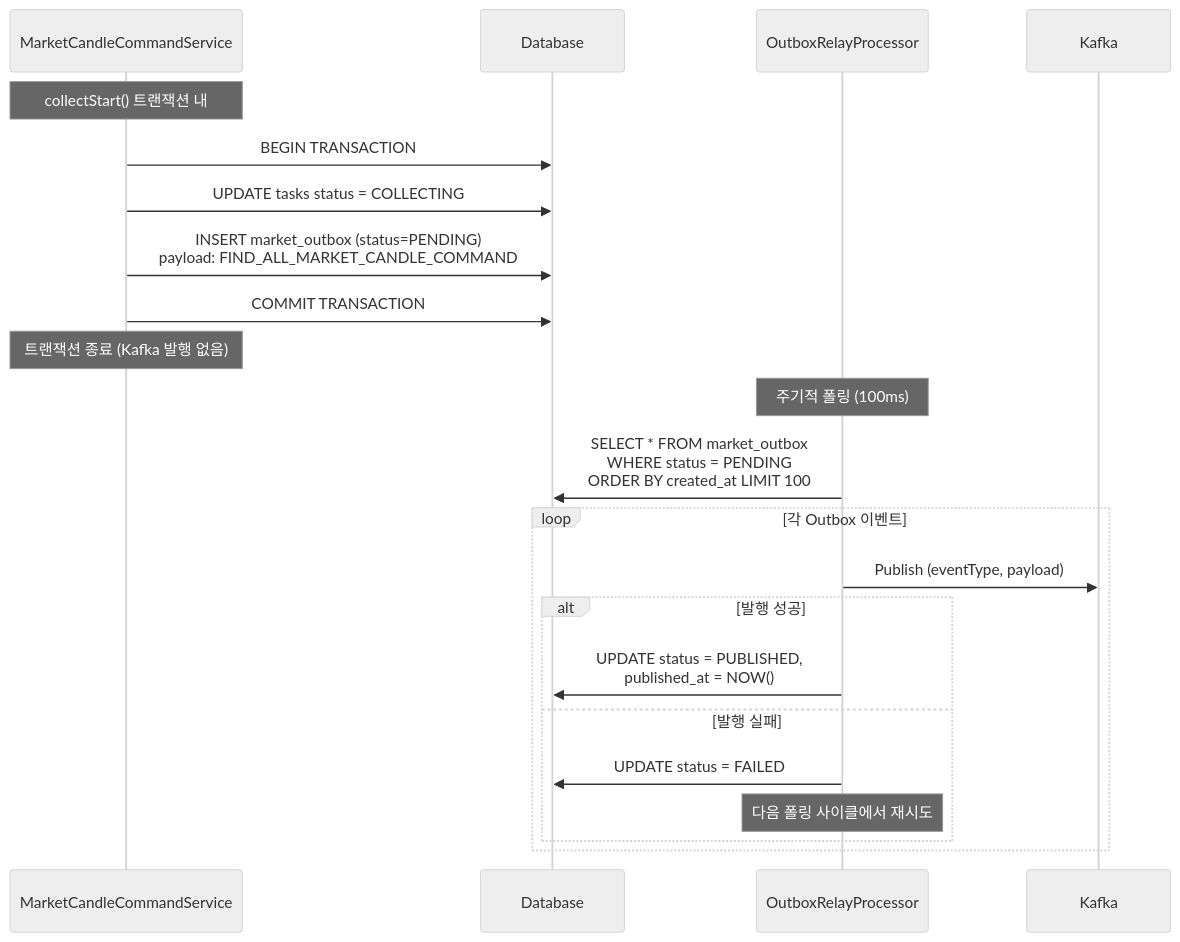
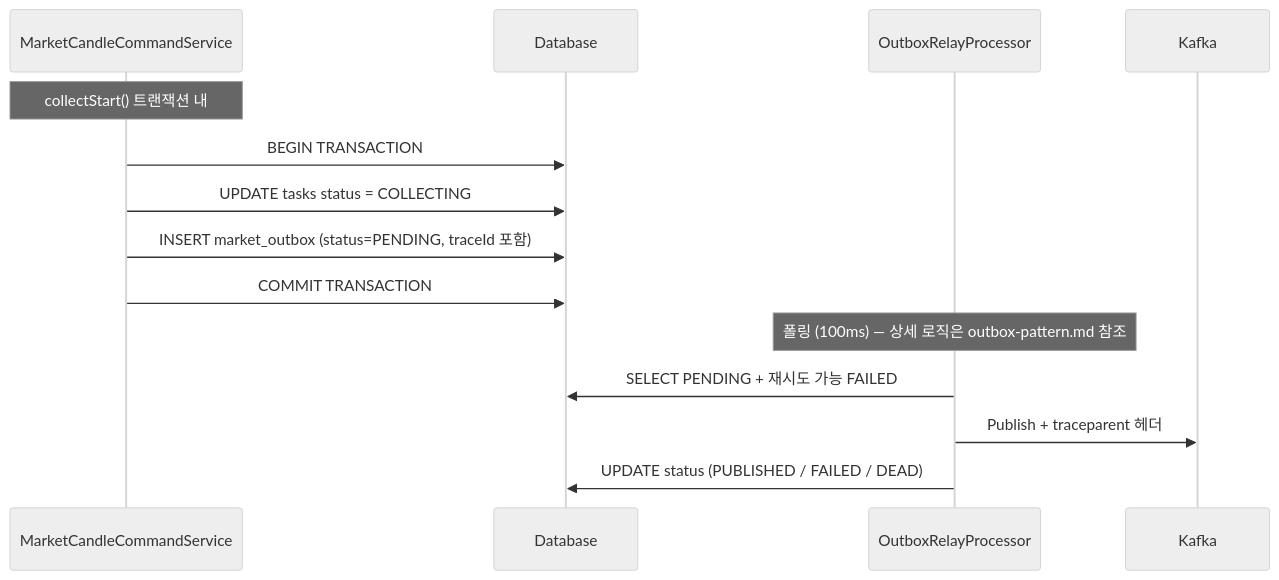
Before and after one commit to Trade-Pilot/.github: diagram 17 of 17 in backend/market/sequence-diagram.md, drawn with Mermaid (neutral theme). The commit also changed other lines of this file and 20 other files, not shown here.

````diff
--- a/backend/market/sequence-diagram.md
+++ b/backend/market/sequence-diagram.md
@@ -749,27 +752,18 @@
 ```mermaid
 sequenceDiagram
     participant Service as MarketCandleCommandService
     participant DB as Database
     participant Relay as OutboxRelayProcessor
     participant Kafka as Kafka
 
     Note over Service: collectStart() 트랜잭션 내
     Service->>DB: BEGIN TRANSACTION
     Service->>DB: UPDATE tasks status = COLLECTING
-    Service->>DB: INSERT market_outbox (status=PENDING)<br/>payload: FIND_ALL_MARKET_CANDLE_COMMAND
+    Service->>DB: INSERT market_outbox (status=PENDING, traceId 포함)
     Service->>DB: COMMIT TRANSACTION
-    Note over Service: 트랜잭션 종료 (Kafka 발행 없음)
 
-    Note over Relay: 주기적 폴링 (100ms)
-    Relay->>DB: SELECT * FROM market_outbox<br/>WHERE status = PENDING<br/>ORDER BY created_at LIMIT 100
-
-    loop 각 Outbox 이벤트
-        Relay->>Kafka: Publish (eventType, payload)
-        alt 발행 성공
-            Relay->>DB: UPDATE status = PUBLISHED,<br/>published_at = NOW()
-        else 발행 실패
-            Relay->>DB: UPDATE status = FAILED
-            Note over Relay: 다음 폴링 사이클에서 재시도
-        end
-    end
+    Note over Relay: 폴링 (100ms) — 상세 로직은 outbox-pattern.md 참조
+    Relay->>DB: SELECT PENDING + 재시도 가능 FAILED
+    Relay->>Kafka: Publish + traceparent 헤더
+    Relay->>DB: UPDATE status (PUBLISHED / FAILED / DEAD)
 ```
````
